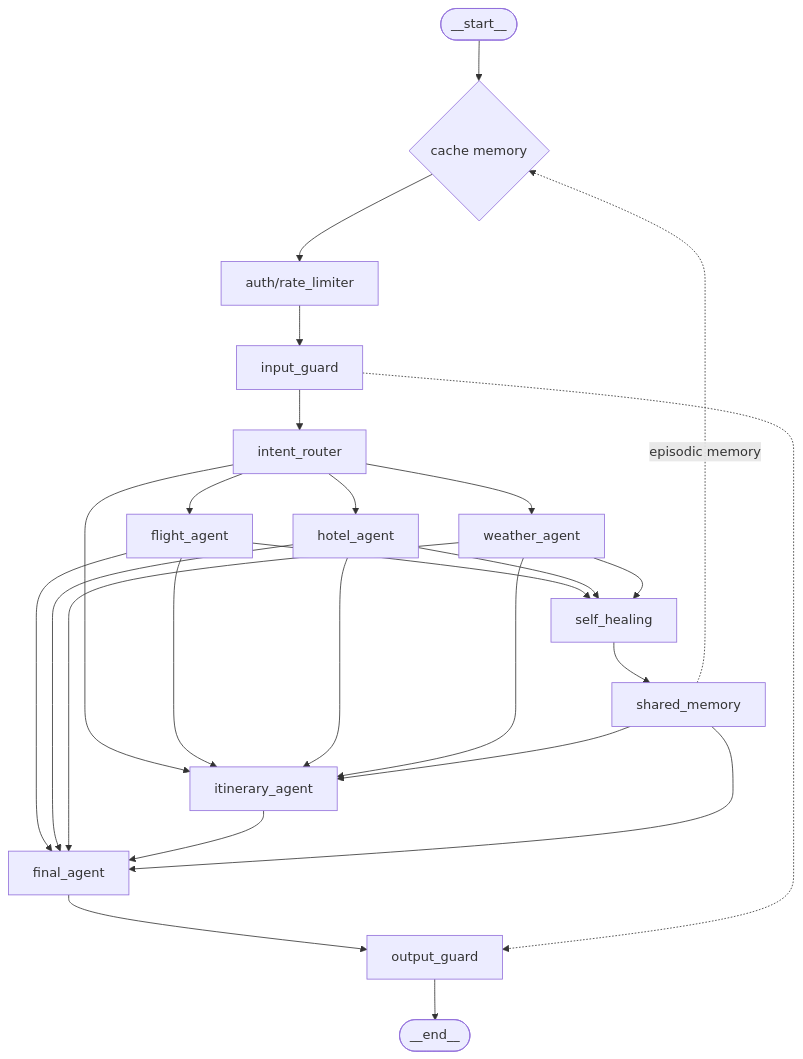
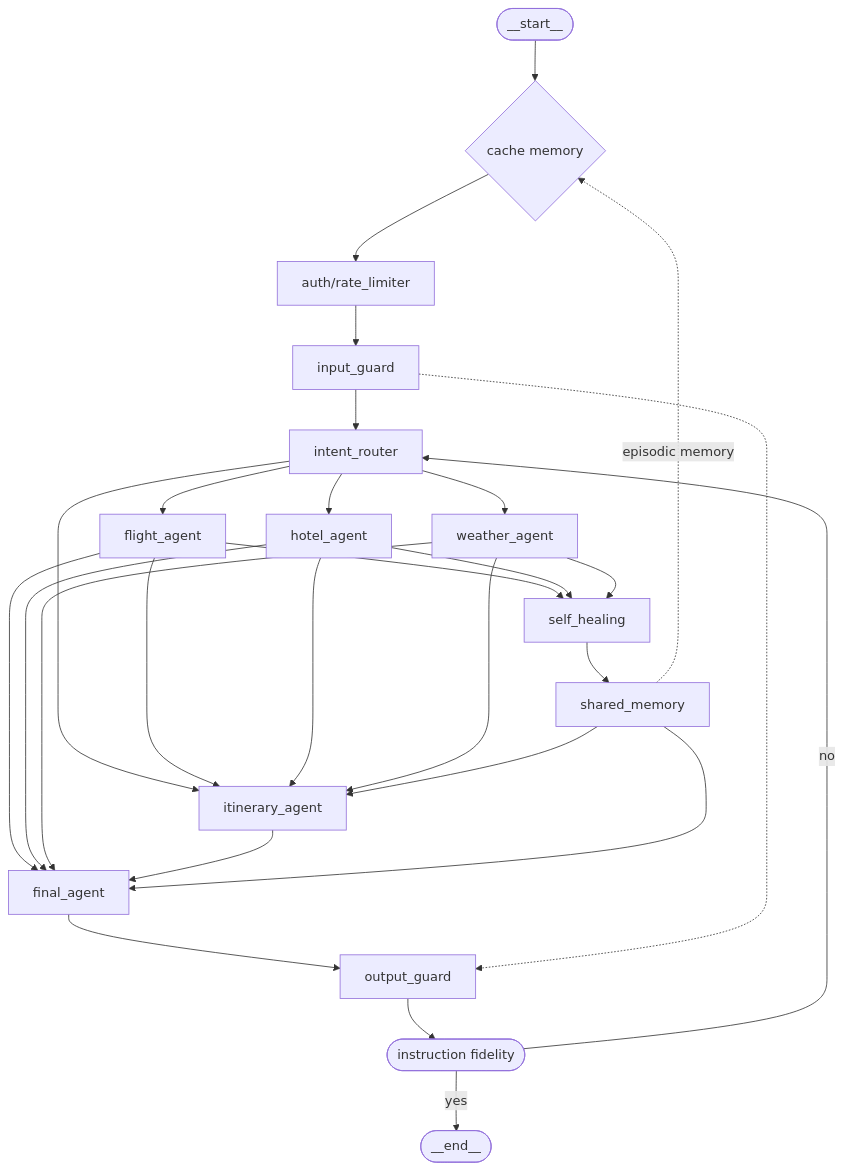
Before and after one commit to mohamed2012004/Travel-Mate-AI: the diagram in README.md, drawn with Mermaid.

Commit message:
refactor(diagram): enhance flowchart to include instruction fidelity check before final output

````diff
--- a/README.md
+++ b/README.md
@@ -46,29 +46,31 @@
 ```mermaid
 flowchart TD
     Start([__start__])
     Start --> Cache{"cache memory"}
     Cache --> Edge["auth/rate_limiter"]
     Edge --> InputGuard["input_guard"]
     InputGuard --> Router["intent_router"]
     Router --> Flight["flight_agent"]
     Router --> Hotel["hotel_agent"]
     Router --> Weather["weather_agent"]
     Router --> Itinerary["itinerary_agent"]
     Flight --> Healing["self_healing"]
     Hotel --> Healing
     Weather --> Healing
     Healing --> Shared["shared_memory"]
     Flight --> Itinerary
     Hotel --> Itinerary
     Weather --> Itinerary
     Shared --> Itinerary
     Shared -.->|episodic memory| Cache
     Flight --> Final["final_agent"]
     Hotel --> Final
     Weather --> Final
     Itinerary --> Final
     Shared --> Final
     Final --> OutputGuard["output_guard"]
-    OutputGuard --> End([__end__])
+    OutputGuard --> Fidelity([instruction fidelity])
+    Fidelity -->|yes| End([__end__])
+    Fidelity -->|no| Router
     InputGuard -.-> OutputGuard
 ```
````
